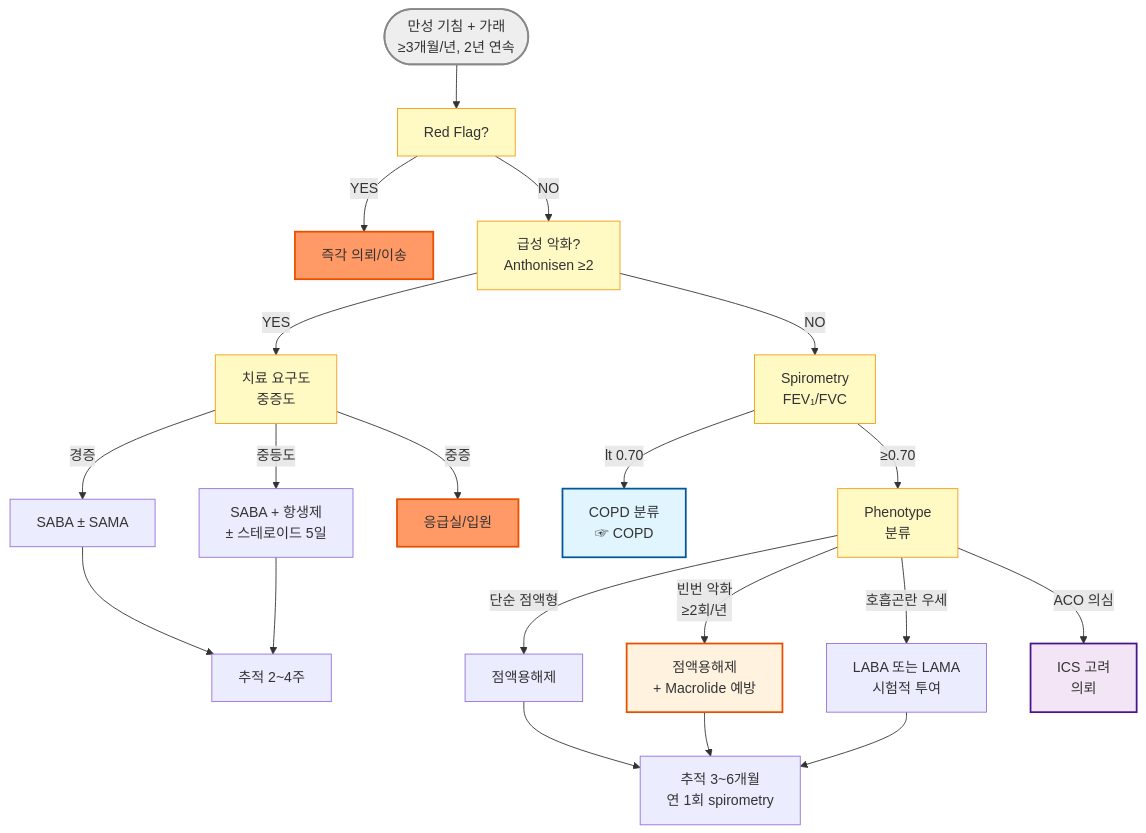
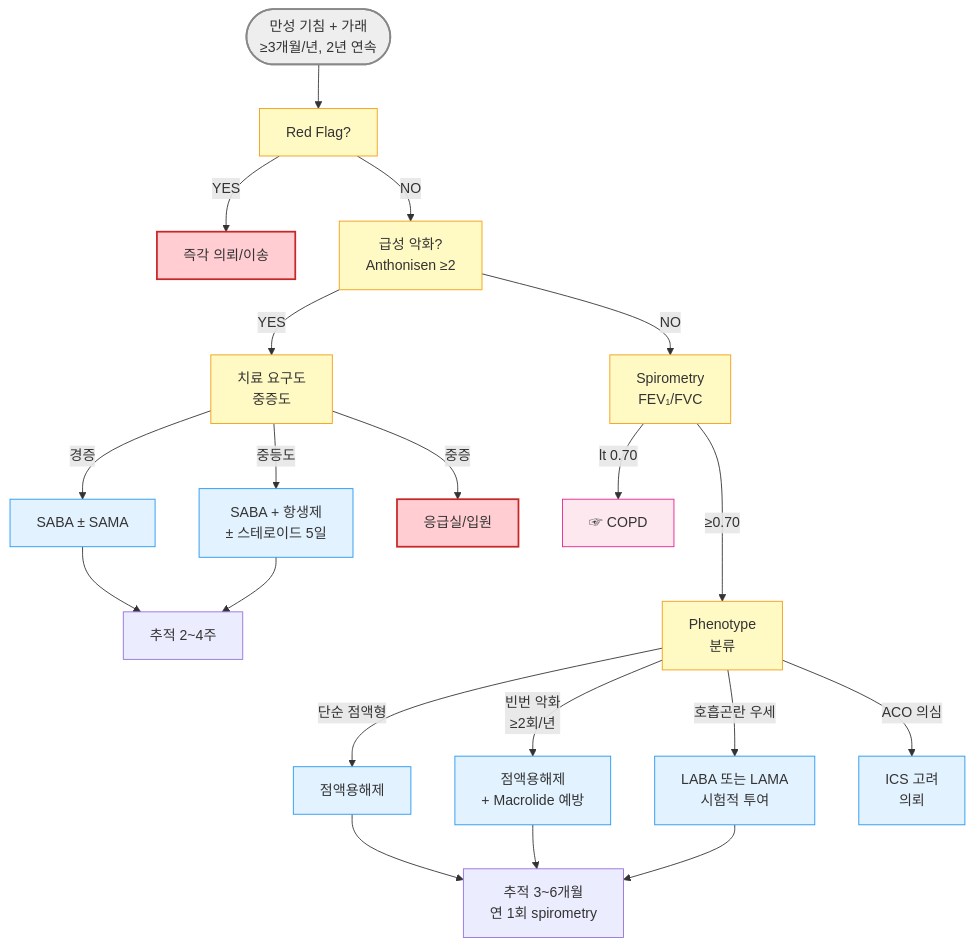
Before and after one commit to familyoh77/familyoh77: the diagram in 223_/067_-chronic-bronchitis.md, drawn with Mermaid. The commit also changed other lines of this file, not shown here.

````diff
--- a/223_/067_-chronic-bronchitis.md
+++ b/223_/067_-chronic-bronchitis.md
@@ -95,30 +78,30 @@
 ```mermaid
 graph TD
     A([만성 기침 + 가래<br/>≥3개월/년, 2년 연속]) --> B[Red Flag?]
     B -- YES --> C[즉각 의뢰/이송]
     B -- NO --> D[급성 악화?<br/>Anthonisen ≥2]
     D -- YES --> E[치료 요구도<br/>중증도]
     E -- 경증 --> F[SABA ± SAMA]
     E -- 중등도 --> G[SABA + 항생제<br/>± 스테로이드 5일]
     E -- 중증 --> H[응급실/입원]
     D -- NO --> I[Spirometry<br/>FEV₁/FVC]
-    I -- lt 0.70 --> J[COPD 분류<br/>☞ COPD]
-    I -- ≥0.70 --> K[Phenotype<br/>분류]
+    I -- lt 0.70 --> J[☞ COPD]
+    I -- ≥0.70 ---> K[Phenotype<br/>분류]
     K -- 단순 점액형 --> L[점액용해제]
     K -- 빈번 악화<br/>≥2회/년 --> M[점액용해제<br/>+ Macrolide 예방]
     K -- 호흡곤란 우세 --> N[LABA 또는 LAMA<br/>시험적 투여]
     K -- ACO 의심 --> O[ICS 고려<br/>의뢰]
     F --> P[추적 2~4주]
     G --> P
     L --> Q[추적 3~6개월<br/>연 1회 spirometry]
     M --> Q
     N --> Q
 style A fill:#eeeeee,stroke:#888888,stroke-width:2px
 classDef yellow fill:#fff9c4,stroke:#f39c12
 class B,D,E,I,K yellow
-    style C fill:#f96,stroke:#e65100,stroke-width:2px
-    style H fill:#f96,stroke:#e65100,stroke-width:2px
-    style J fill:#e1f5fe,stroke:#01579b,stroke-width:2px
-    style M fill:#fff3e0,stroke:#e65100,stroke-width:2px
-    style O fill:#f3e5f5,stroke:#4a148c,stroke-width:2px
+classDef L_red fill:#ffcdd2,stroke:#c62828,stroke-width:2px
+class C,H L_red
+classDef sky fill:#e3f2ff,stroke:#2196f3
+class F,G,M,L,N,O sky
+style J fill:#fde8f0,stroke:#e91e8c
 ```
````
